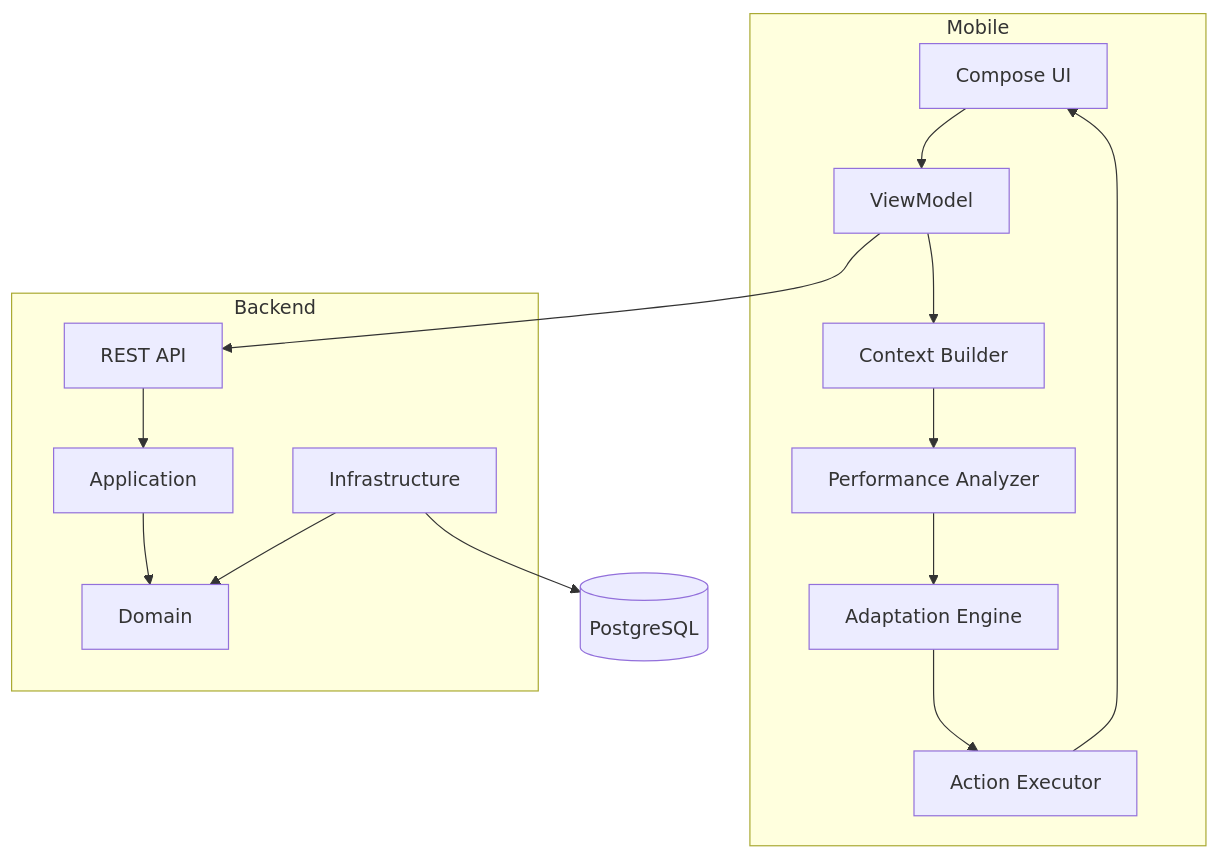
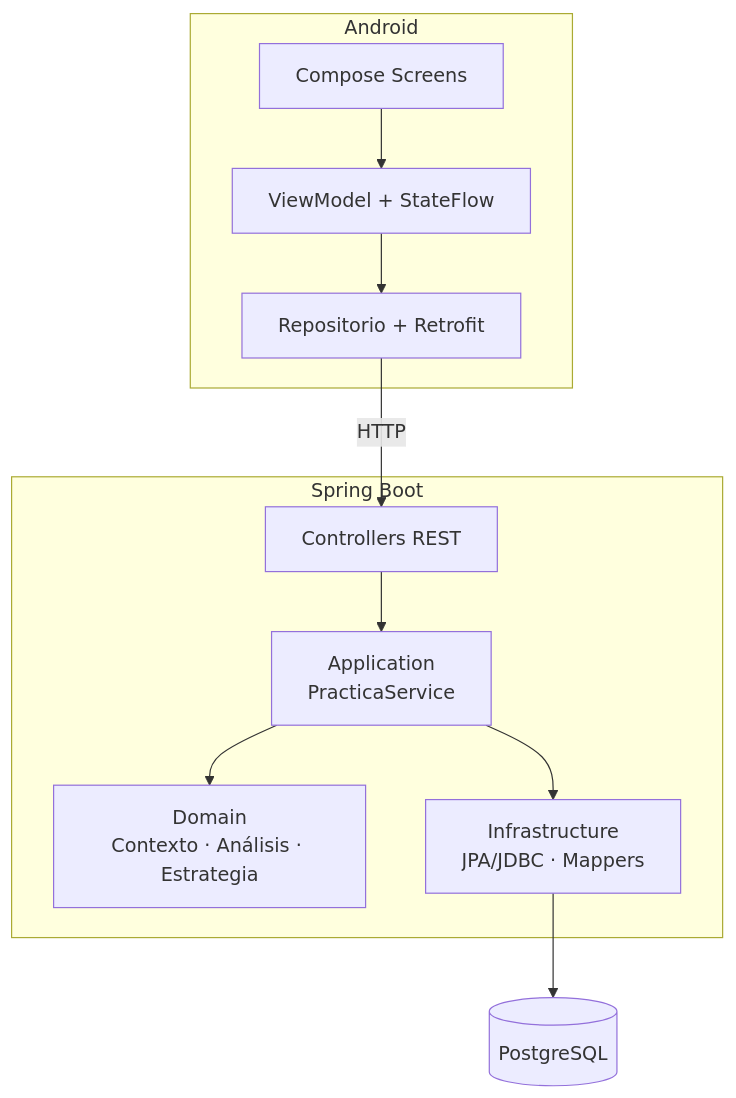
Before and after one commit to devfixexpress-debug/adaptive-quiz: the diagram in database/diagrams/03_componentes.mmd, drawn with Mermaid. The commit also changed 21 other files, not shown here.

```diff
--- a/database/diagrams/03_componentes.mmd
+++ b/database/diagrams/03_componentes.mmd
@@ -1,21 +1,20 @@
 flowchart TB
-    subgraph Mobile
-      UI[Compose UI]
-      VM[ViewModel]
-      CE[Context Builder]
-      PE[Performance Analyzer]
-      AE[Adaptation Engine]
-      EX[Action Executor]
-      UI --> VM --> CE --> PE --> AE --> EX --> UI
+    subgraph Mobile[Android]
+      UI[Compose Screens]
+      VM[ViewModel + StateFlow]
+      REPO[Repositorio + Retrofit]
+      UI --> VM --> REPO
     end
-    subgraph Backend
-      API[REST API]
-      APP[Application]
-      DOM[Domain]
-      INF[Infrastructure]
+
+    subgraph Backend[Spring Boot]
+      API[Controllers REST]
+      APP[Application<br/>PracticaService]
+      DOM[Domain<br/>Contexto · Análisis · Estrategia]
+      INF[Infrastructure<br/>JPA/JDBC · Mappers]
       API --> APP --> DOM
-      INF --> DOM
+      APP --> INF
     end
+
     DB[(PostgreSQL)]
-    VM --> API
+    REPO -->|HTTP| API
     INF --> DB
```
